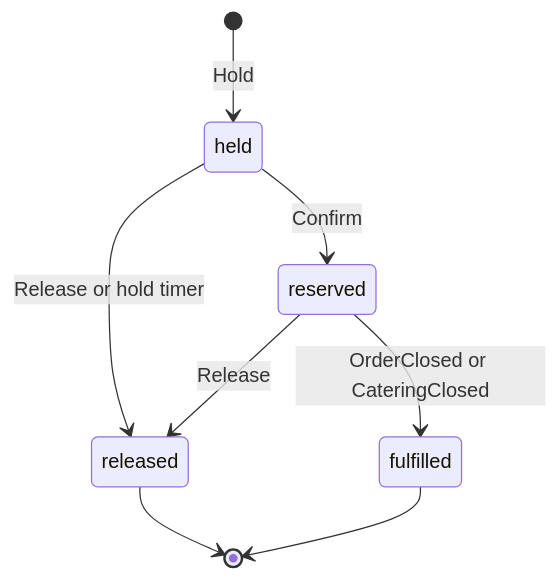
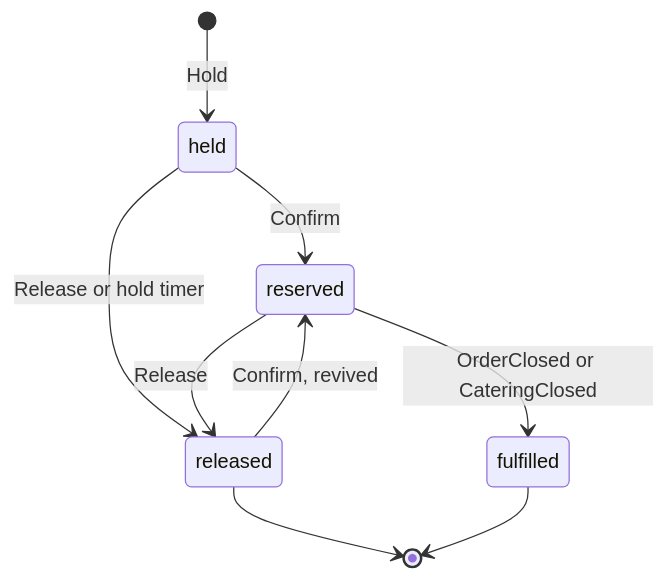
The sixth of 6 diagrams in docs/domain.md (IHaveASegway/bakery), drawn with Mermaid before and after one commit. The commit also changed other lines of this file and 5 other files, not shown here.

````diff
--- a/docs/domain.md
+++ b/docs/domain.md
@@ -234,10 +236,11 @@
 ```mermaid
 stateDiagram-v2
   [*] --> held: Hold
   held --> reserved: Confirm
   held --> released: Release or hold timer
   reserved --> released: Release
+  released --> reserved: Confirm, revived
   reserved --> fulfilled: OrderClosed or CateringClosed
   released --> [*]
   fulfilled --> [*]
 ```
````
